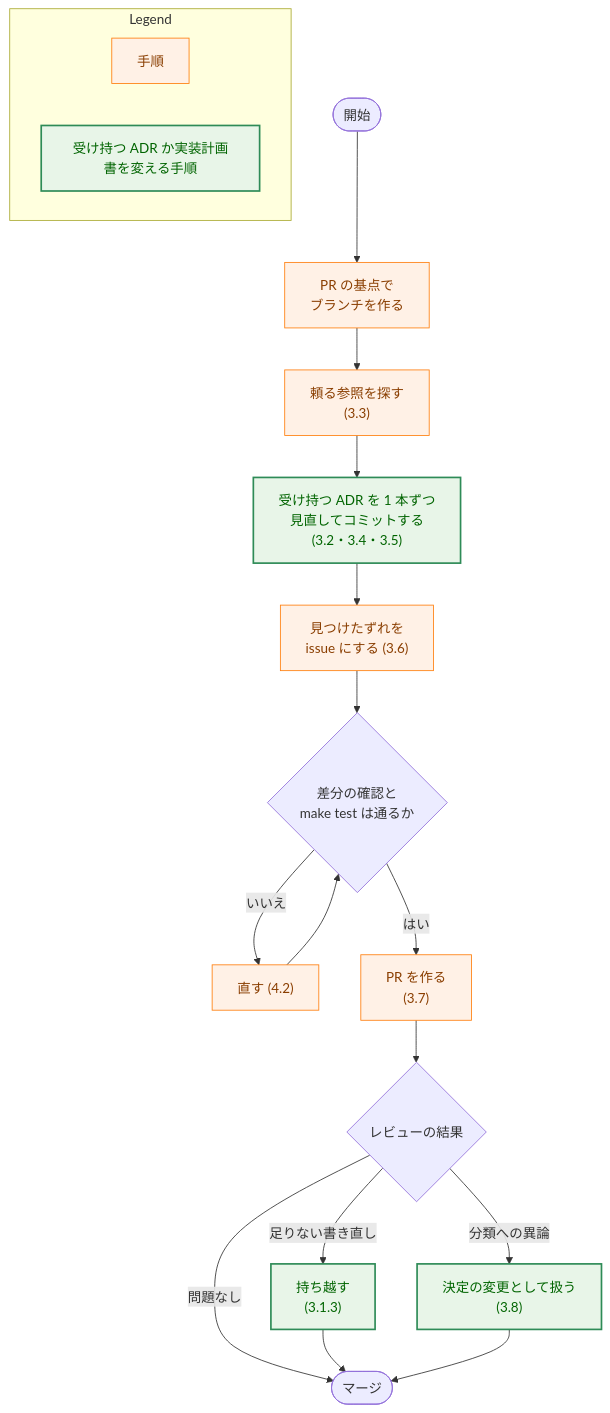
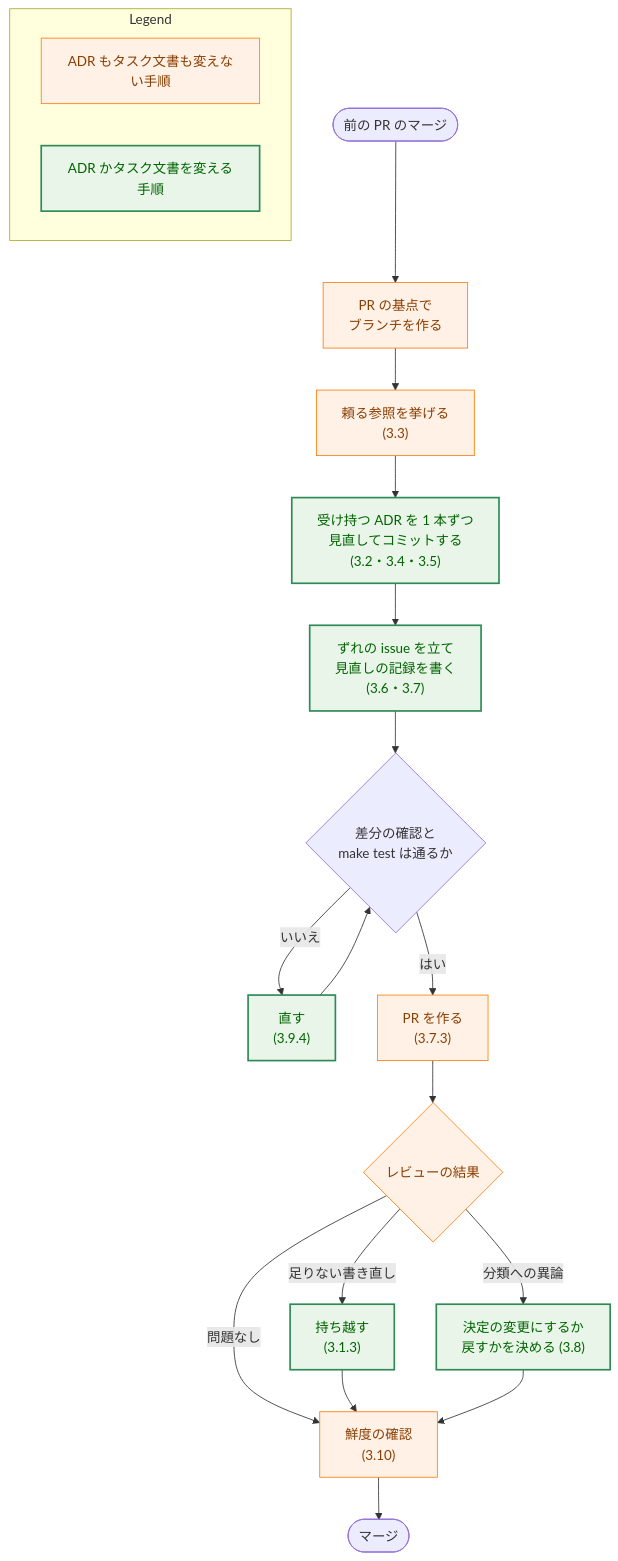
One commit to isseis/yt2column changed the fourth of 5 diagrams in docs/tasks/0073_adr_context_decision_review/02_architecture.md. Above: the diagram before and after it, drawn with Mermaid. The commit also changed other lines of this file, not shown here.

First line of the commit message:
docs(0073): address review findings on the architecture

````diff
--- a/docs/tasks/0073_adr_context_decision_review/02_architecture.md
+++ b/docs/tasks/0073_adr_context_decision_review/02_architecture.md
@@ -500,30 +551,31 @@
 ```mermaid
 flowchart TD
     classDef process fill:#fff1e6,stroke:#ff7f0e,stroke-width:1px,color:#8a3e00;
     classDef enhanced fill:#e8f5e8,stroke:#2e8b57,stroke-width:2px,color:#006400;
 
-    S(["開始"]) --> B["PR の基点で<br>ブランチを作る"]
-    B --> D["頼る参照を探す<br>(3.3)"]
+    S(["前の PR のマージ"]) --> B["PR の基点で<br>ブランチを作る"]
+    B --> D["頼る参照を挙げる<br>(3.3)"]
     D --> L["受け持つ ADR を 1 本ずつ<br>見直してコミットする<br>(3.2・3.4・3.5)"]
-    L --> I["見つけたずれを<br>issue にする (3.6)"]
+    L --> I["ずれの issue を立て<br>見直しの記録を書く<br>(3.6・3.7)"]
     I --> C{"差分の確認と<br>make test は通るか"}
-    C -->|"いいえ"| F["直す (4.2)"]
+    C -->|"いいえ"| F["直す<br>(3.9.4)"]
     F --> C
-    C -->|"はい"| P["PR を作る<br>(3.7)"]
+    C -->|"はい"| P["PR を作る<br>(3.7.3)"]
     P --> R{"レビューの結果"}
     R -->|"足りない書き直し"| H["持ち越す<br>(3.1.3)"]
-    R -->|"分類への異論"| X["決定の変更として扱う<br>(3.8)"]
-    R -->|"問題なし"| M(["マージ"])
-    H --> M
-    X --> M
+    R -->|"分類への異論"| X["決定の変更にするか<br>戻すかを決める (3.8)"]
+    R -->|"問題なし"| Q["鮮度の確認<br>(3.10)"]
+    H --> Q
+    X --> Q
+    Q --> M(["マージ"])
 
-    class B,D,I,F,P process
-    class L,H,X enhanced
+    class B,D,P,R,Q process
+    class L,I,F,H,X enhanced
 
     subgraph Legend["Legend"]
-        L1["手順"]
-        L2["受け持つ ADR か実装計画書を変える手順"]
+        L1["ADR もタスク文書も変えない手順"]
+        L2["ADR かタスク文書を変える手順"]
     end
     class L1 process
     class L2 enhanced
 ```
````
